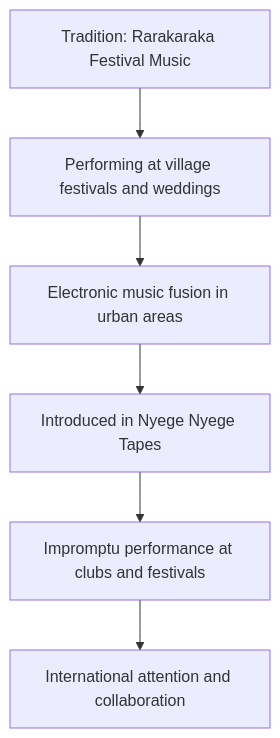
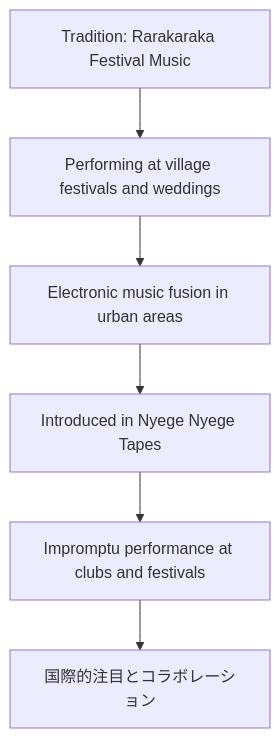
One commit to monumental-movement/monumental-movement.github.io changed the third of 6 diagrams in en/_posts/2025-10-04-Column-Nyege-Nyege.md. Above: the diagram before and after it, drawn with Mermaid. The commit also changed other lines of this file and 1012 other files, not shown here.

```diff
--- a/en/_posts/2025-10-04-Column-Nyege-Nyege.md
+++ b/en/_posts/2025-10-04-Column-Nyege-Nyege.md
@@ -178,10 +178,10 @@
 <div class="mermaid">
 
 flowchart TD
     A["Tradition: Rarakaraka Festival Music"] --> B["Performing at village festivals and weddings"]
     B --> C["Electronic music fusion in urban areas"]
     C --> D["Introduced in Nyege Nyege Tapes"]
     D --> E["Impromptu performance at clubs and festivals"]
-    E --> F["International attention and collaboration"]
+    E --> F["国際的注目とコラボレーション"]
 
 </div>
```
